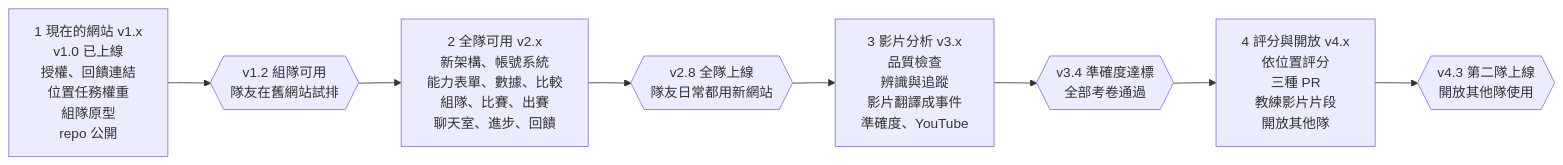
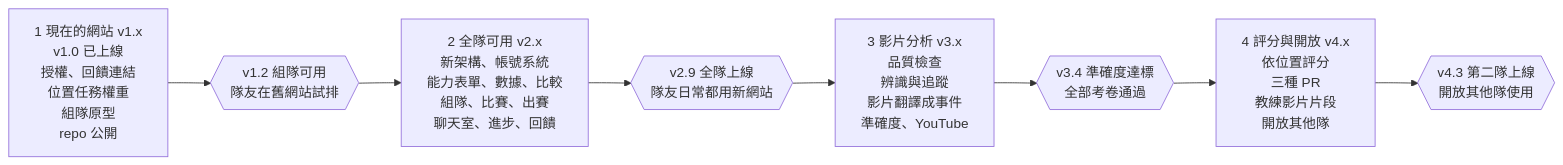
One commit to StupidLlama/football changed the second of 2 diagrams in docs/SPEC.md. Above: the diagram before and after it, drawn with Mermaid. The commit also changed other lines of this file and 10 other files, not shown here.

````diff
--- a/docs/SPEC.md
+++ b/docs/SPEC.md
@@ -448,12 +463,12 @@
 ```mermaid
 flowchart LR
   P1["1 現在的網站 v1.x<br/>v1.0 已上線<br/>授權、回饋連結<br/>位置任務權重<br/>組隊原型<br/>repo 公開"]
   G1{{"v1.2 組隊可用<br/>隊友在舊網站試排"}}
   P2["2 全隊可用 v2.x<br/>新架構、帳號系統<br/>能力表單、數據、比較<br/>組隊、比賽、出賽<br/>聊天室、進步、回饋"]
-  G2{{"v2.8 全隊上線<br/>隊友日常都用新網站"}}
+  G2{{"v2.9 全隊上線<br/>隊友日常都用新網站"}}
   P3["3 影片分析 v3.x<br/>品質檢查<br/>辨識與追蹤<br/>影片翻譯成事件<br/>準確度、YouTube"]
   G3{{"v3.4 準確度達標<br/>全部考卷通過"}}
   P4["4 評分與開放 v4.x<br/>依位置評分<br/>三種 PR<br/>教練影片片段<br/>開放其他隊"]
   G4{{"v4.3 第二隊上線<br/>開放其他隊使用"}}
   P1 --> G1 --> P2 --> G2 --> P3 --> G3 --> P4 --> G4
 ```
````
